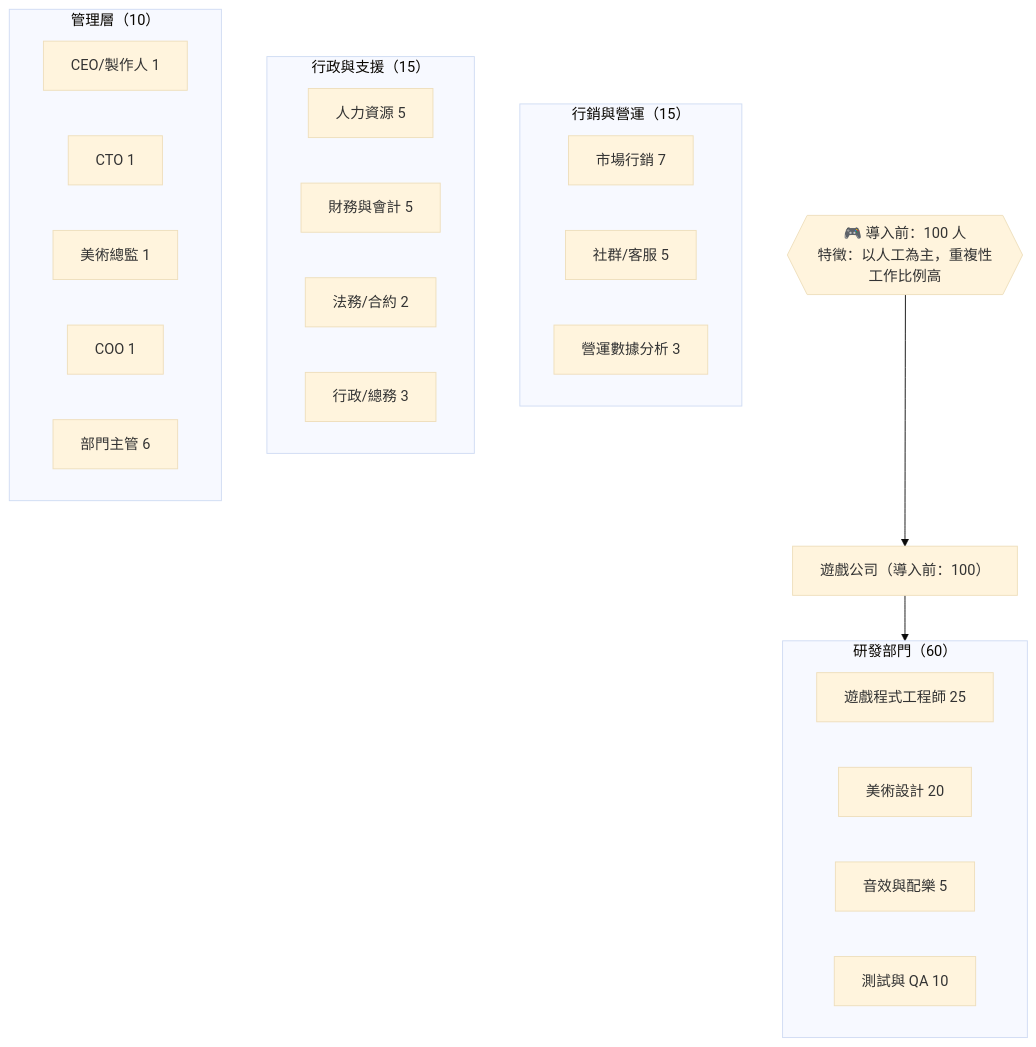
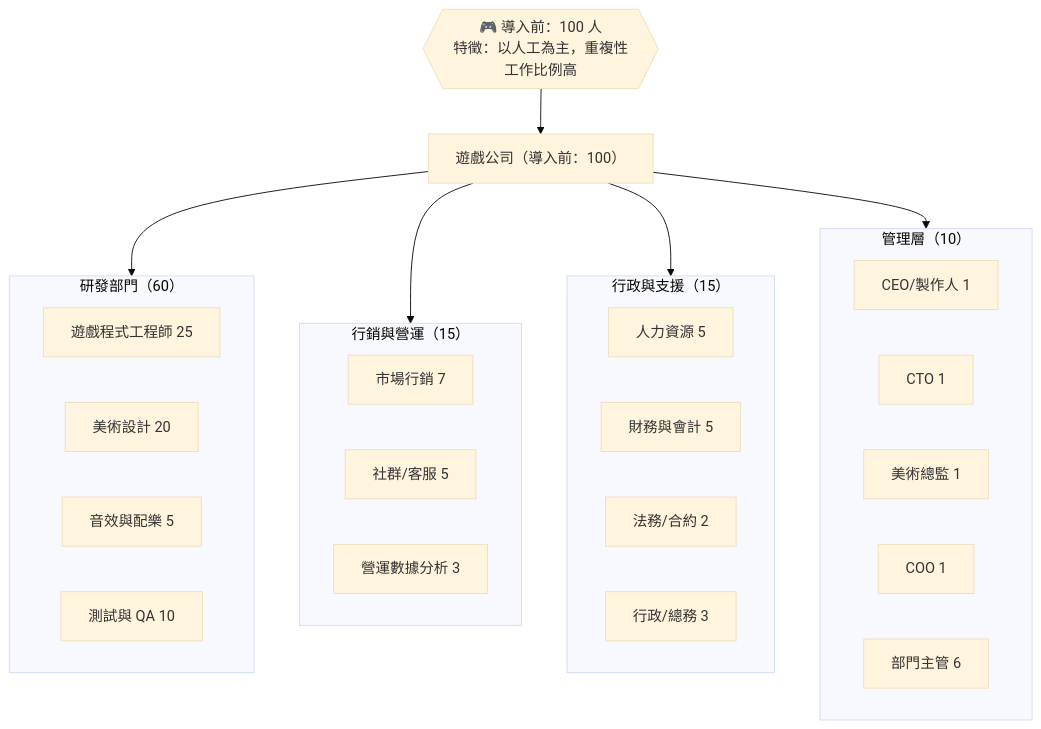
The diagram in 導入前.md (jumolamahome/webdemo), drawn with Mermaid (base theme) before and after one commit.

````diff
--- a/導入前.md
+++ b/導入前.md
@@ -1,39 +1,43 @@
 ```mermaid
 %% 導入前：100 人
 flowchart TB
     info{{"🎮 導入前：100 人<br>特徵：以人工為主，重複性工作比例高"}}
 
     A[遊戲公司（導入前：100）]
 
     subgraph RnD[研發部門（60）]
         R1[遊戲程式工程師 25]
         R2[美術設計 20]
         R3[音效與配樂 5]
         R4[測試與 QA 10]
     end
 
     subgraph MKTOPS[行銷與營運（15）]
         M1[市場行銷 7]
         M2[社群/客服 5]
         M3[營運數據分析 3]
     end
 
     subgraph GNA[行政與支援（15）]
         H1[人力資源 5]
         F1[財務與會計 5]
         L1[法務/合約 2]
         A1[行政/總務 3]
     end
 
     subgraph MGMT[管理層（10）]
         C1[CEO/製作人 1]
         C2[CTO 1]
         C3[美術總監 1]
         C4[COO 1]
         C5[部門主管 6]
     end
 
     info --> A
     A --> RnD
 
+
+    A --> MKTOPS
+    A --> GNA
+    A --> MGMT
 ```
````
